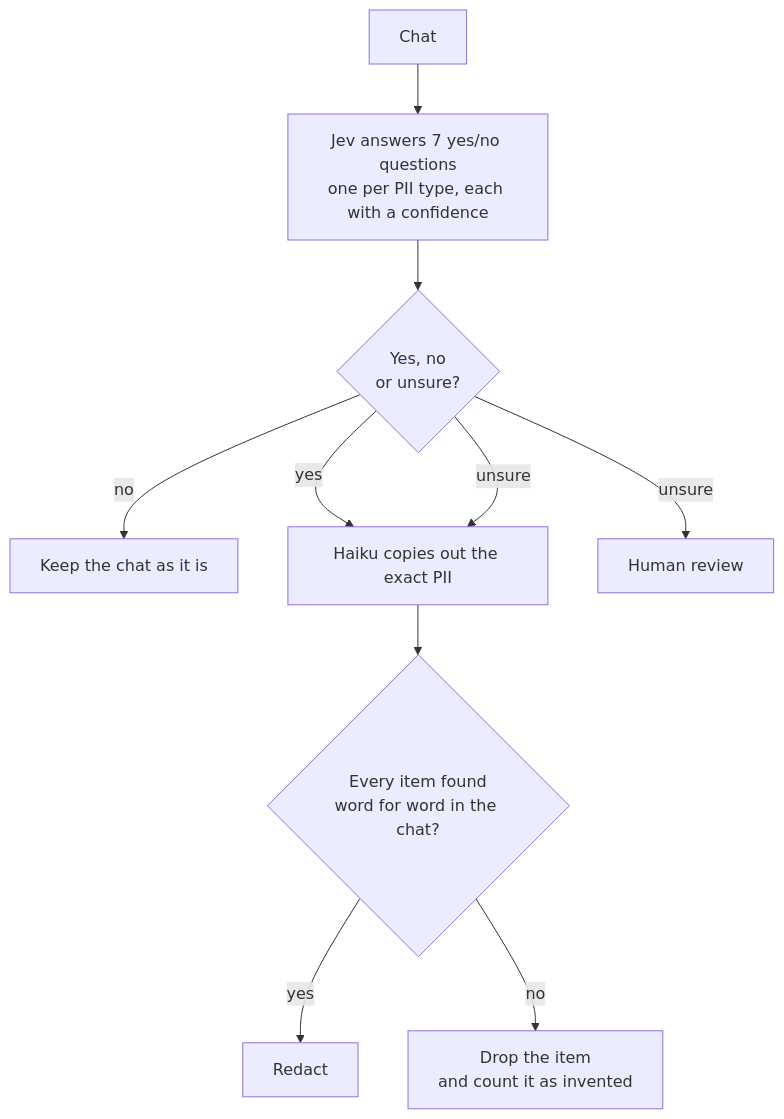
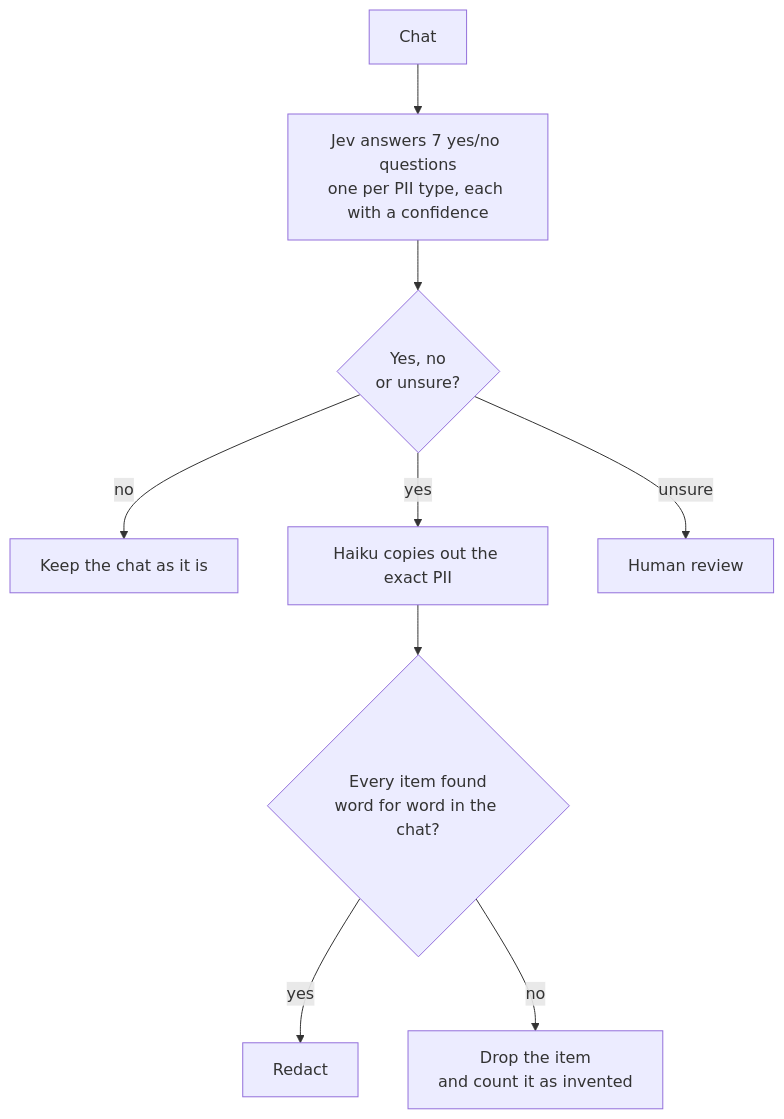
The first of 2 diagrams in README.md (sneha-shrikumar/PII-Detection-with-Jev), drawn with Mermaid before and after one commit.

````diff
--- a/README.md
+++ b/README.md
@@ -18,12 +18,11 @@
 ```mermaid
 flowchart TD
     C["Chat"] --> J["Jev answers 7 yes/no questions<br/>one per PII type, each with a confidence"]
     J --> D{"Yes, no<br/>or unsure?"}
     D -- no --> K["Keep the chat as it is"]
     D -- yes --> H["Haiku copies out the exact PII"]
-    D -- unsure --> H
     D -- unsure --> P["Human review"]
     H --> V{"Every item found<br/>word for word in the chat?"}
     V -- yes --> R["Redact"]
     V -- no --> X["Drop the item<br/>and count it as invented"]
 ```
````
